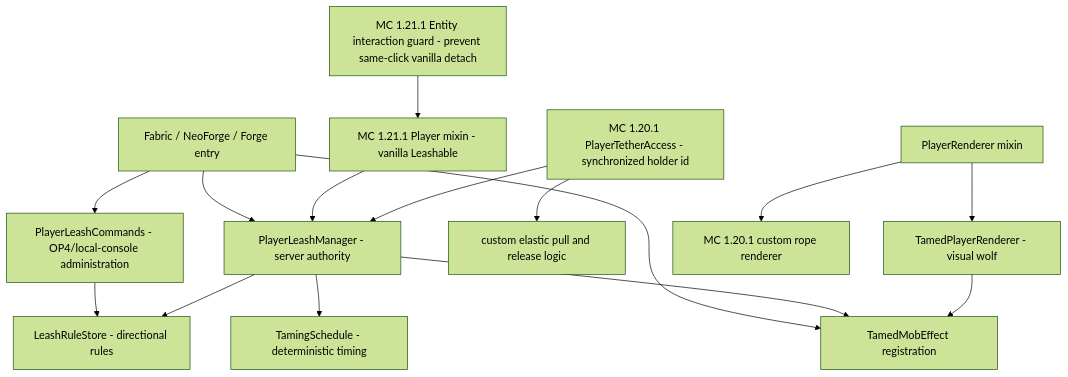
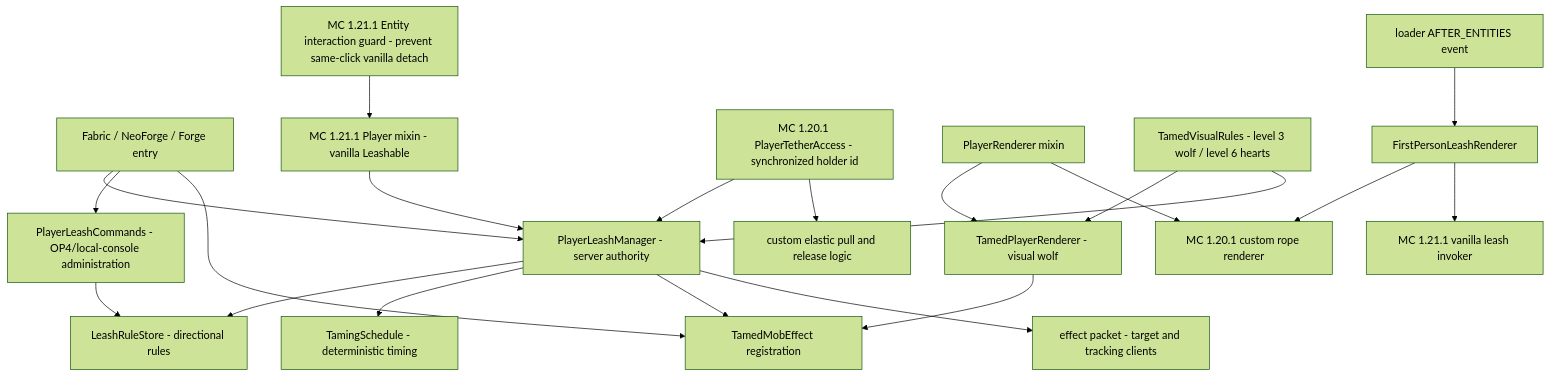
One commit to EeryFrank/Players-Tether-Easter-Egg-Version changed the second of 2 diagrams in docs/DEPENDENCIES_AND_ARCHITECTURE.md. Above: the diagram before and after it, drawn with Mermaid (forest theme). The commit also changed other lines of this file and 28 other files, not shown here.

````diff
--- a/docs/DEPENDENCIES_AND_ARCHITECTURE.md
+++ b/docs/DEPENDENCIES_AND_ARCHITECTURE.md
@@ -45,20 +45,26 @@
 ```mermaid
 flowchart TD
     Entry["Fabric / NeoForge / Forge entry"] --> Manager["PlayerLeashManager - server authority"]
     Entry --> Commands["PlayerLeashCommands - OP4/local-console administration"]
     Entry --> Effect["TamedMobEffect registration"]
 
     Commands --> Rules["LeashRuleStore - directional rules"]
     Manager --> Rules
     Manager --> Schedule["TamingSchedule - deterministic timing"]
     Manager --> Effect
+    Manager --> Tracking["effect packet - target and tracking clients"]
 
     MC121Mixin["MC 1.21.1 Player mixin - vanilla Leashable"] --> Manager
     MC121Interact["MC 1.21.1 Entity interaction guard - prevent same-click vanilla detach"] --> MC121Mixin
     MC120Mixin["MC 1.20.1 PlayerTetherAccess - synchronized holder id"] --> Manager
     MC120Mixin --> MC120Physics["custom elastic pull and release logic"]
 
     RenderMixin["PlayerRenderer mixin"] --> Wolf["TamedPlayerRenderer - visual wolf"]
+    VisualRules["TamedVisualRules - level 3 wolf / level 6 hearts"] --> Wolf
+    VisualRules --> Manager
     RenderMixin --> Rope120["MC 1.20.1 custom rope renderer"]
+    ClientStage["loader AFTER_ENTITIES event"] --> FirstPerson["FirstPersonLeashRenderer"]
+    FirstPerson --> Rope120
+    FirstPerson --> Rope121["MC 1.21.1 vanilla leash invoker"]
     Wolf --> Effect
 ```
````
